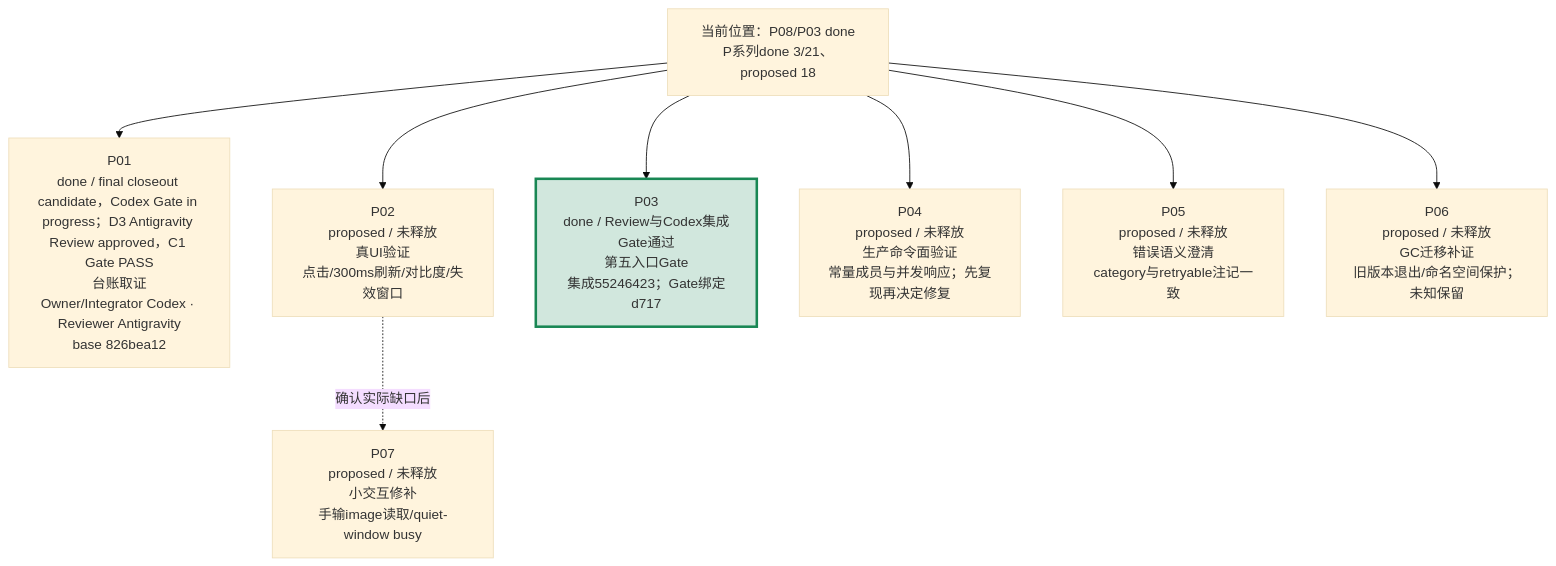
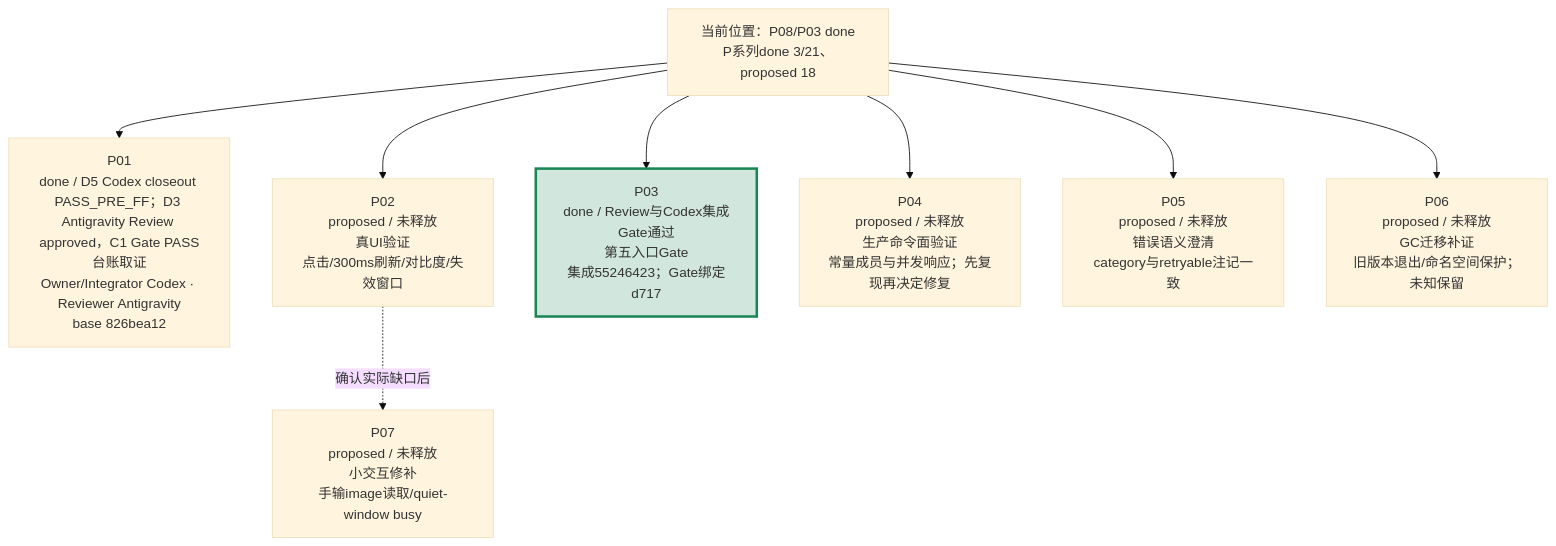
One commit to peakwheat-pixel/New-Manga changed the second of 4 diagrams in verification/PROJECT-ROADMAP-20261008/ROADMAP.md. Above: the diagram before and after it, drawn with Mermaid (base theme). The commit also changed other lines of this file and 11 other files, not shown here.

Commit message:
P01: record fixed closeout gate pass

````diff
--- a/verification/PROJECT-ROADMAP-20261008/ROADMAP.md
+++ b/verification/PROJECT-ROADMAP-20261008/ROADMAP.md
@@ -30,11 +30,11 @@
 ```mermaid
 flowchart TB
-  BASE["当前位置：P08/P03 done<br/>P系列done 3/21、proposed 18"] --> P01["P01<br/>done / final closeout candidate，Codex Gate in progress；D3 Antigravity Review approved，C1 Gate PASS<br/>台账取证<br/>Owner/Integrator Codex · Reviewer Antigravity<br/>base 826bea12"]
+  BASE["当前位置：P08/P03 done<br/>P系列done 3/21、proposed 18"] --> P01["P01<br/>done / D5 Codex closeout PASS_PRE_FF；D3 Antigravity Review approved，C1 Gate PASS<br/>台账取证<br/>Owner/Integrator Codex · Reviewer Antigravity<br/>base 826bea12"]
   BASE --> P02["P02<br/>proposed / 未释放<br/>真UI验证<br/>点击/300ms刷新/对比度/失效窗口"]
   BASE --> P03["P03<br/>done / Review与Codex集成Gate通过<br/>第五入口Gate<br/>集成55246423；Gate绑定d717"]
   BASE --> P04["P04<br/>proposed / 未释放<br/>生产命令面验证<br/>常量成员与并发响应；先复现再决定修复"]
   BASE --> P05["P05<br/>proposed / 未释放<br/>错误语义澄清<br/>category与retryable注记一致"]
   BASE --> P06["P06<br/>proposed / 未释放<br/>GC迁移补证<br/>旧版本退出/命名空间保护；未知保留"]
   P02 -. "确认实际缺口后" .-> P07["P07<br/>proposed / 未释放<br/>小交互修补<br/>手输image读取/quiet-window busy"]
   style P03 fill:#d1e7dd,stroke:#198754,stroke-width:3px
 ```
````
